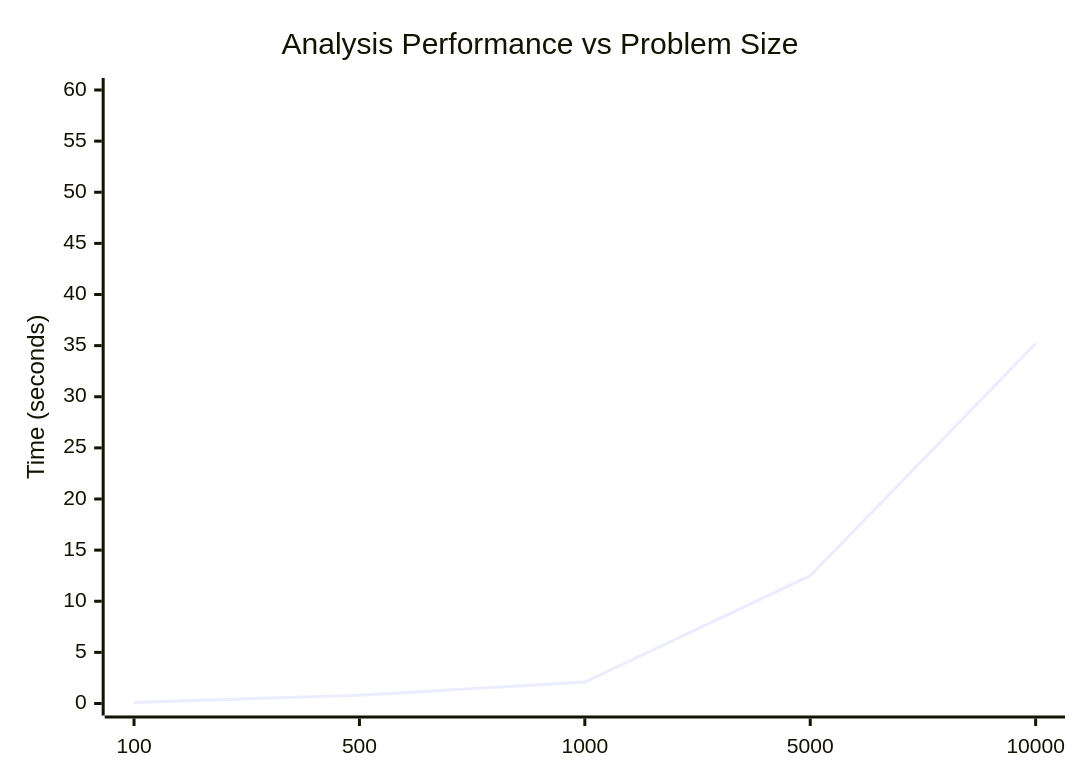
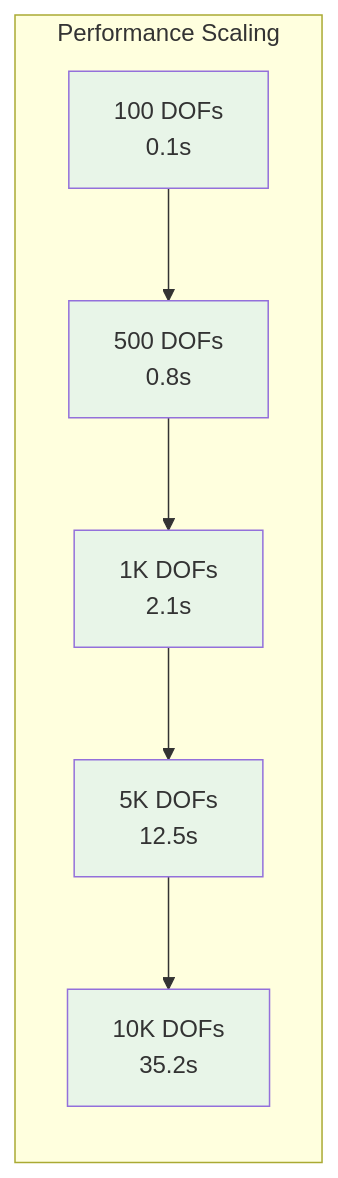
Before and after one commit to jsbayley/gazelle: the sixth of 8 diagrams in docs/TECHNICAL.md, drawn with Mermaid. The commit also changed other lines of this file and 3 other files, not shown here.

````diff
--- a/docs/TECHNICAL.md
+++ b/docs/TECHNICAL.md
@@ -212,7 +224,18 @@
 ```mermaid
-xychart-beta
-    title "Analysis Performance vs Problem Size"
-    x-axis [100, 500, 1000, 5000, 10000]
-    y-axis "Time (seconds)" 0 --> 60
-    line [0.1, 0.8, 2.1, 12.5, 35.2]
+graph LR
+    subgraph "Performance Scaling"
+        P1[100 DOFs<br/>0.1s]
+        P2[500 DOFs<br/>0.8s] 
+        P3[1K DOFs<br/>2.1s]
+        P4[5K DOFs<br/>12.5s]
+        P5[10K DOFs<br/>35.2s]
+    end
+    
+    P1 --> P2
+    P2 --> P3 
+    P3 --> P4
+    P4 --> P5
+    
+    classDef perf fill:#e8f5e8
+    class P1,P2,P3,P4,P5 perf
 ```
````
